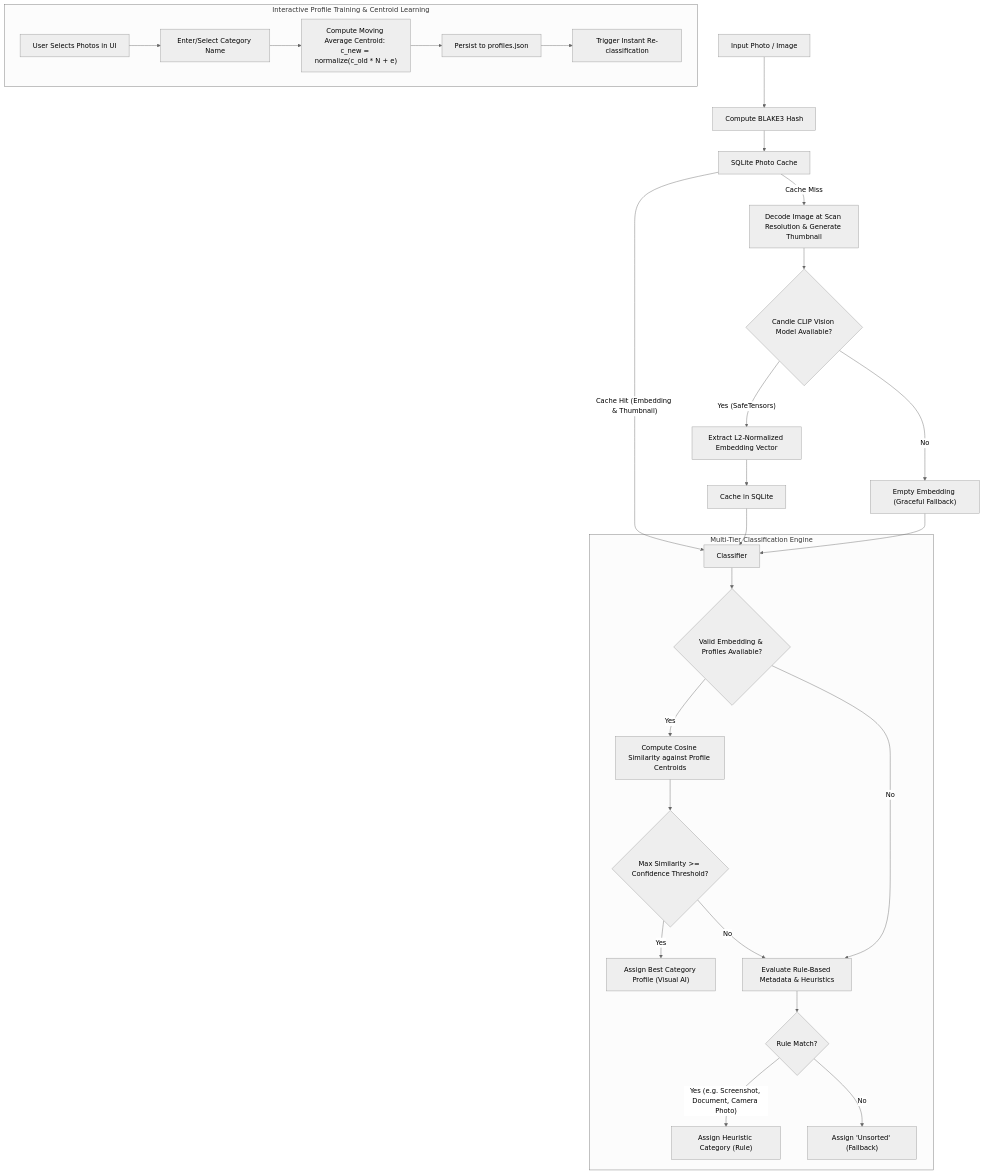
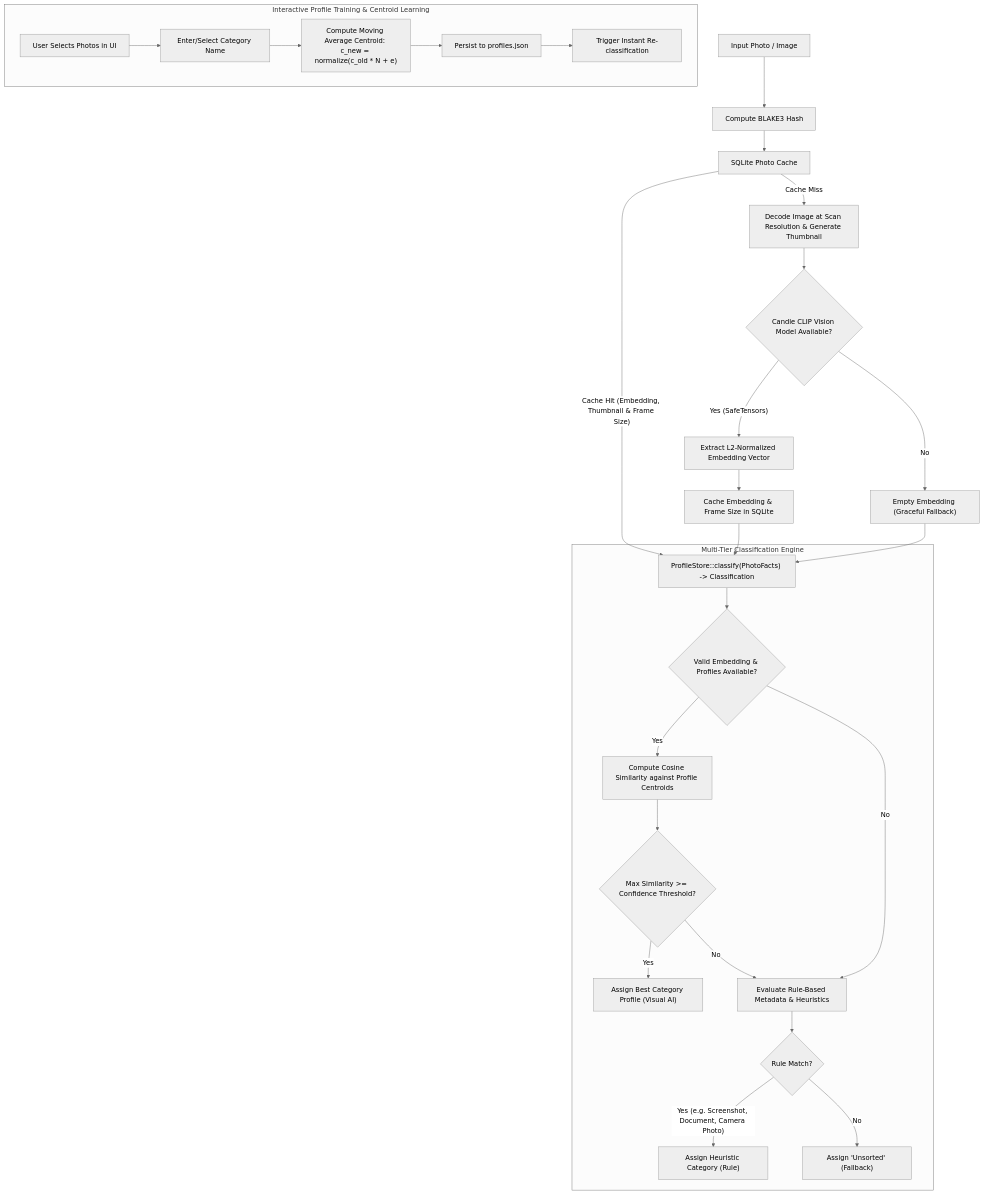
One commit to tsonnen/photo-organizer changed the diagram in docs/classification_pipeline.md. Above: the diagram before and after it, drawn with Mermaid (neutral theme). The commit also changed other lines of this file and 14 other files, not shown here.

````diff
--- a/docs/classification_pipeline.md
+++ b/docs/classification_pipeline.md
@@ -5,32 +5,32 @@
 ```mermaid
 flowchart TD
     A["Input Photo / Image"] --> B["Compute BLAKE3 Hash"]
     B --> C["SQLite Photo Cache"]
-    C -->|"Cache Hit (Embedding & Thumbnail)"| G["Classifier"]
+    C -->|"Cache Hit (Embedding, Thumbnail & Frame Size)"| G
     C -->|"Cache Miss"| D["Decode Image at Scan Resolution & Generate Thumbnail"]
     D --> E{"Candle CLIP Vision Model Available?"}
     E -->|"Yes (SafeTensors)"| F1["Extract L2-Normalized Embedding Vector"]
     E -->|"No"| F2["Empty Embedding (Graceful Fallback)"]
-    F1 --> F3["Cache in SQLite"]
+    F1 --> F3["Cache Embedding & Frame Size in SQLite"]
     F3 --> G
     F2 --> G
 
     subgraph Classifier ["Multi-Tier Classification Engine"]
-        G --> H{"Valid Embedding & Profiles Available?"}
+        G["ProfileStore::classify(PhotoFacts) -> Classification"] --> H{"Valid Embedding & Profiles Available?"}
         H -->|"Yes"| I["Compute Cosine Similarity against Profile Centroids"]
         I --> J{"Max Similarity >= Confidence Threshold?"}
         J -->|"Yes"| K["Assign Best Category Profile (Visual AI)"]
         J -->|"No"| L["Evaluate Rule-Based Metadata & Heuristics"]
         H -->|"No"| L
         L --> M{"Rule Match?"}
         M -->|"Yes (e.g. Screenshot, Document, Camera Photo)"| N["Assign Heuristic Category (Rule)"]
         M -->|"No"| O["Assign 'Unsorted' (Fallback)"]
     end
 
     subgraph Training ["Interactive Profile Training & Centroid Learning"]
         P["User Selects Photos in UI"] --> Q["Enter/Select Category Name"]
         Q --> R["Compute Moving Average Centroid: c_new = normalize(c_old * N + e)"]
         R --> S["Persist to profiles.json"]
         S --> T["Trigger Instant Re-classification"]
     end
 ```
````
